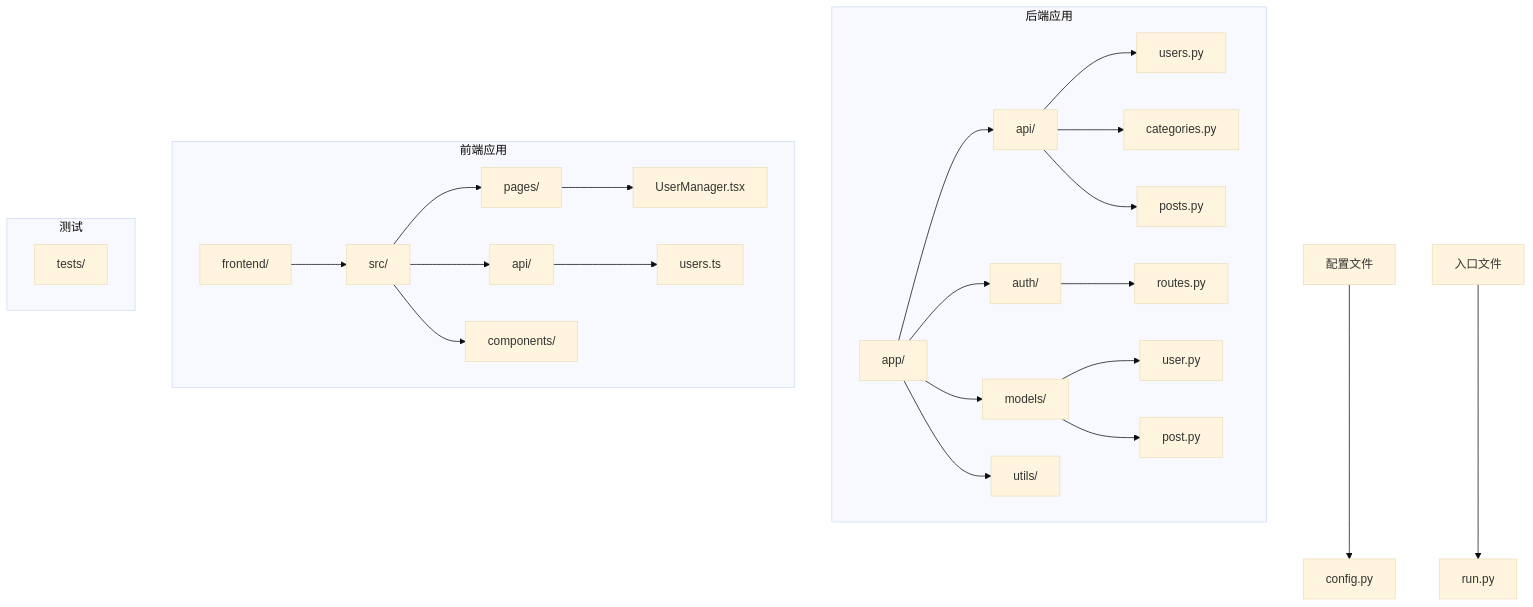
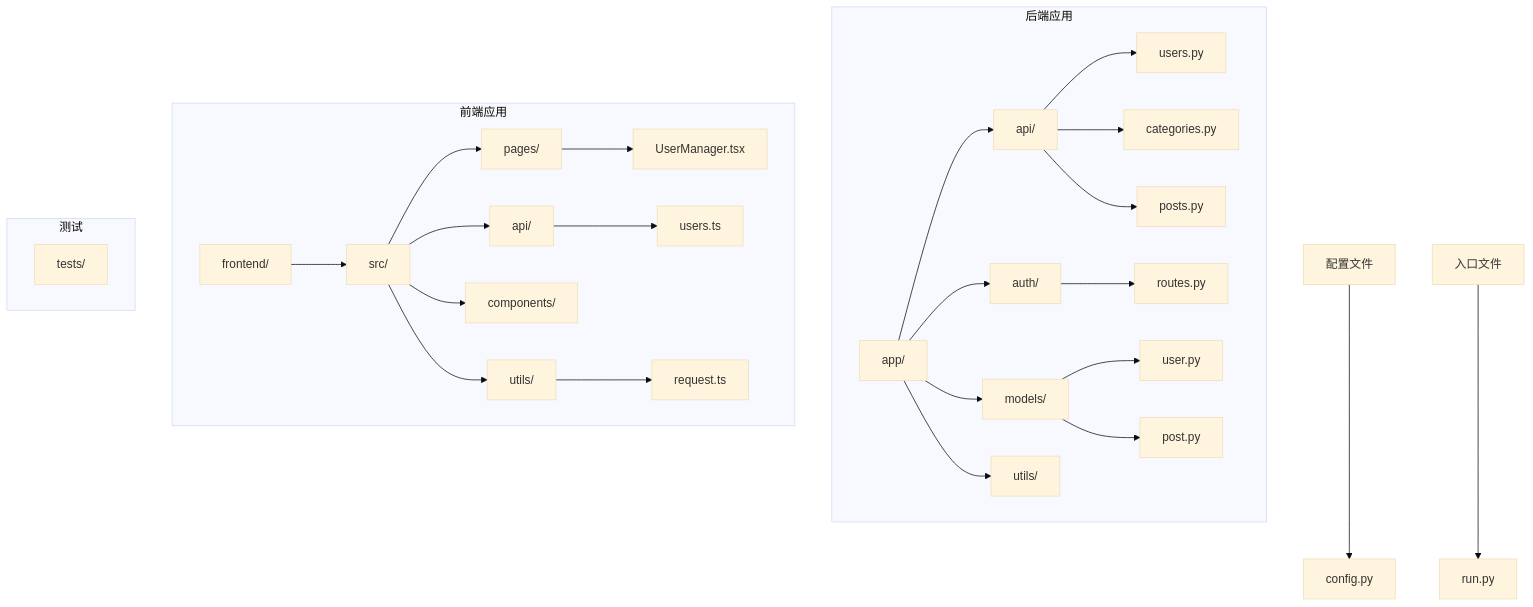
The first of 12 diagrams in .qoder/repowiki/zh/content/API接口文档/用户管理API.md (wyg5208/website_diy), drawn with Mermaid (base theme) before and after one commit. The commit also changed other lines of this file and 7 other files, not shown here.

````diff
--- a/.qoder/repowiki/zh/content/API接口文档/用户管理API.md
+++ b/.qoder/repowiki/zh/content/API接口文档/用户管理API.md
@@ -41,28 +48,30 @@
 ```mermaid
 graph TB
 subgraph "后端应用"
 A[app/] --> B[api/]
 A --> C[auth/]
 A --> D[models/]
 A --> E[utils/]
 B --> F[users.py]
 B --> G[categories.py]
 B --> H[posts.py]
 C --> I[routes.py]
 D --> J[user.py]
 D --> K[post.py]
 end
 subgraph "前端应用"
 L[frontend/] --> M[src/]
 M --> N[pages/]
 M --> O[api/]
 M --> P[components/]
-N --> Q[UserManager.tsx]
-O --> R[users.ts]
+M --> Q[utils/]
+N --> R[UserManager.tsx]
+O --> S[users.ts]
+Q --> T[request.ts]
 end
 subgraph "测试"
-S[tests/]
+U[tests/]
 end
-T[配置文件] --> U[config.py]
-V[入口文件] --> W[run.py]
+V[配置文件] --> W[config.py]
+X[入口文件] --> Y[run.py]
 ```
````
